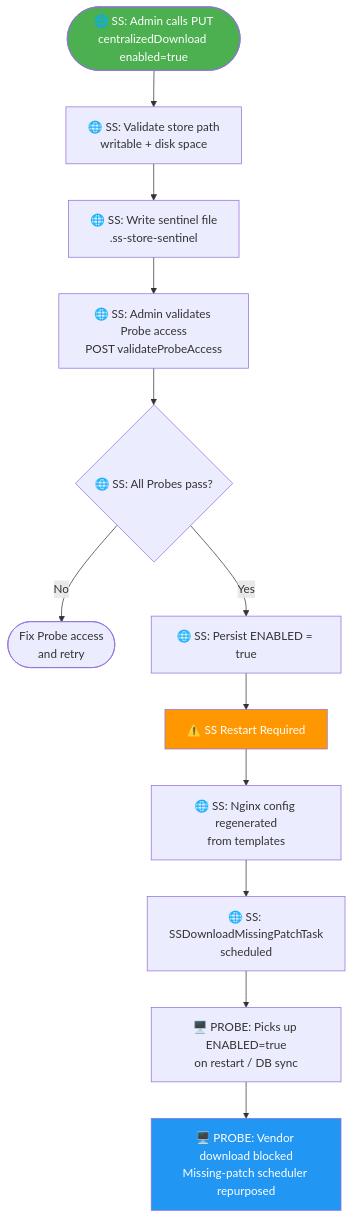
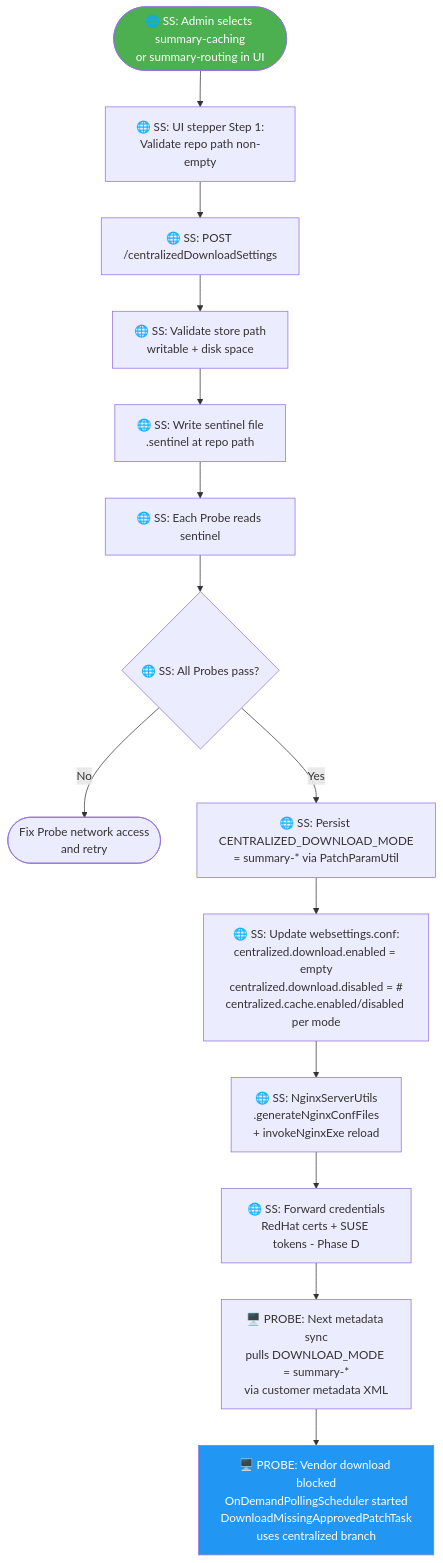
Before and after one commit to ranjithkumar-a-23525/RebaseEx: diagram 13 of 31 in use-case-diagrams.md, drawn with Mermaid. The commit also changed other lines of this file, not shown here.

````diff
--- a/use-case-diagrams.md
+++ b/use-case-diagrams.md
@@ -249,18 +282,19 @@
 ```mermaid
 flowchart TD
-    A(["🌐 SS: Admin calls PUT<br/>centralizedDownload enabled=true"]) --> B["🌐 SS: Validate store path<br/>writable + disk space"]
-    B --> C["🌐 SS: Write sentinel file<br/>.ss-store-sentinel"]
-    C --> D["🌐 SS: Admin validates Probe access<br/>POST validateProbeAccess"]
-    D --> E{"🌐 SS: All Probes pass?"}
-    E -->|No| F(["Fix Probe access<br/>and retry"])
-    E -->|Yes| G["🌐 SS: Persist ENABLED = true"]
-    G --> H["⚠️ SS Restart Required"]
-    H --> I["🌐 SS: Nginx config regenerated<br/>from templates"]
-    I --> J["🌐 SS: SSDownloadMissingPatchTask<br/>scheduled"]
-    J --> K["🖥️ PROBE: Picks up ENABLED=true<br/>on restart / DB sync"]
-    K --> L["🖥️ PROBE: Vendor download blocked<br/>Missing-patch scheduler repurposed"]
+    A(["🌐 SS: Admin selects summary-caching<br/>or summary-routing in UI"]) --> B["🌐 SS: UI stepper Step 1:<br/>Validate repo path non-empty"]
+    B --> C["🌐 SS: POST /centralizedDownloadSettings"]
+    C --> D["🌐 SS: Validate store path<br/>writable + disk space"]
+    D --> E["🌐 SS: Write sentinel file<br/>.sentinel at repo path"]
+    E --> F["🌐 SS: Each Probe reads sentinel"]
+    F --> G{"🌐 SS: All Probes pass?"}
+    G -->|No| H(["Fix Probe network access<br/>and retry"])
+    G -->|Yes| I["🌐 SS: Persist CENTRALIZED_DOWNLOAD_MODE<br/>= summary-* via PatchParamUtil"]
+    I --> J["🌐 SS: Update websettings.conf:<br/>centralized.download.enabled = empty<br/>centralized.download.disabled = #<br/>centralized.cache.enabled/disabled per mode"]
+    J --> K["🌐 SS: NginxServerUtils<br/>.generateNginxConfFiles<br/>+ invokeNginxExe reload"]
+    K --> L["🌐 SS: Forward credentials<br/>RedHat certs + SUSE tokens - Phase D"]
+    L --> M["🖥️ PROBE: Next metadata sync<br/>pulls DOWNLOAD_MODE = summary-*<br/>via customer metadata XML"]
+    M --> N["🖥️ PROBE: Vendor download blocked<br/>OnDemandPollingScheduler started<br/>DownloadMissingApprovedPatchTask<br/>uses centralized branch"]
 
     style A fill:#4CAF50,color:#fff
-    style H fill:#FF9800,color:#fff
-    style L fill:#2196F3,color:#fff
+    style N fill:#2196F3,color:#fff
 ```
````
